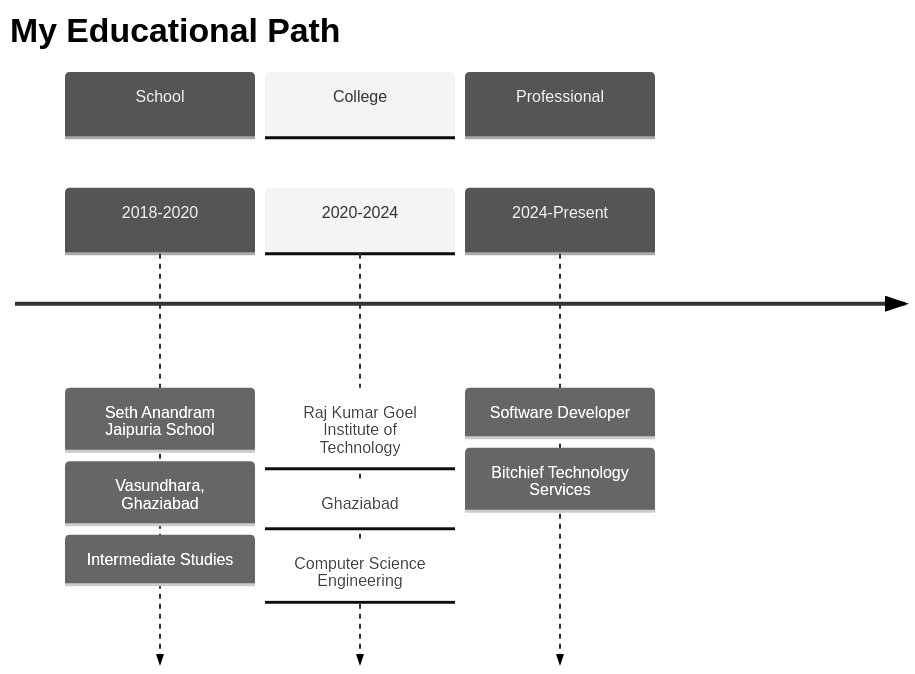
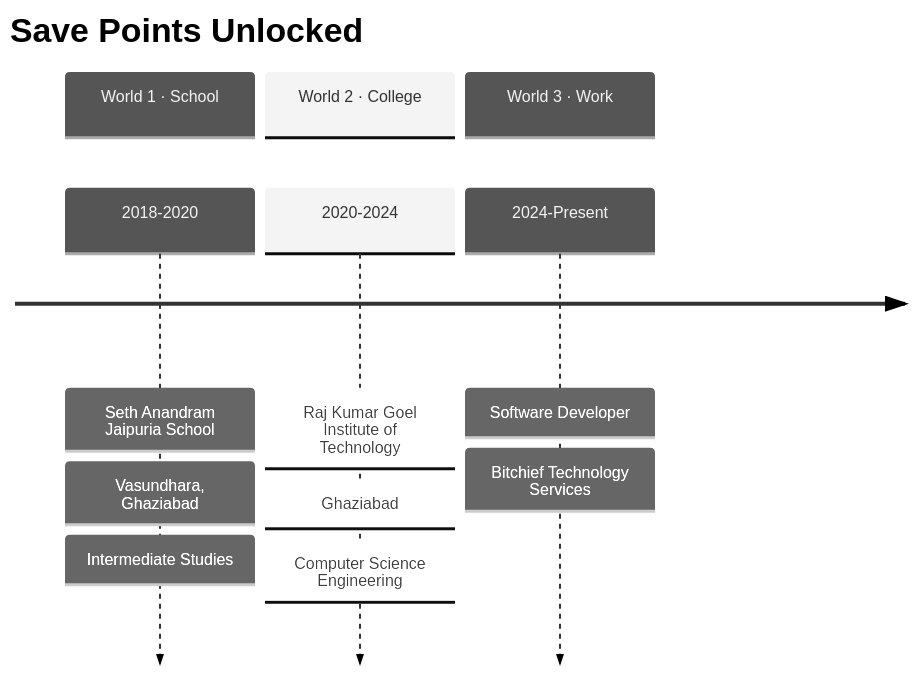
Before and after one commit to AadityaPanda/AadityaPanda: the diagram in README.md, drawn with Mermaid (neutral theme). The commit also changed other lines of this file, not shown here.

````diff
--- a/README.md
+++ b/README.md
@@ -122,15 +58,15 @@
 ```mermaid
 timeline
-    title My Educational Path
-    section School
+    title Save Points Unlocked
+    section World 1 · School
         2018-2020 : Seth Anandram Jaipuria School
                   : Vasundhara, Ghaziabad
                   : Intermediate Studies
-    section College  
+    section World 2 · College
         2020-2024 : Raj Kumar Goel Institute of Technology
                   : Ghaziabad
                   : Computer Science Engineering
-    section Professional
+    section World 3 · Work
         2024-Present : Software Developer
                      : Bitchief Technology Services
 ```
````
